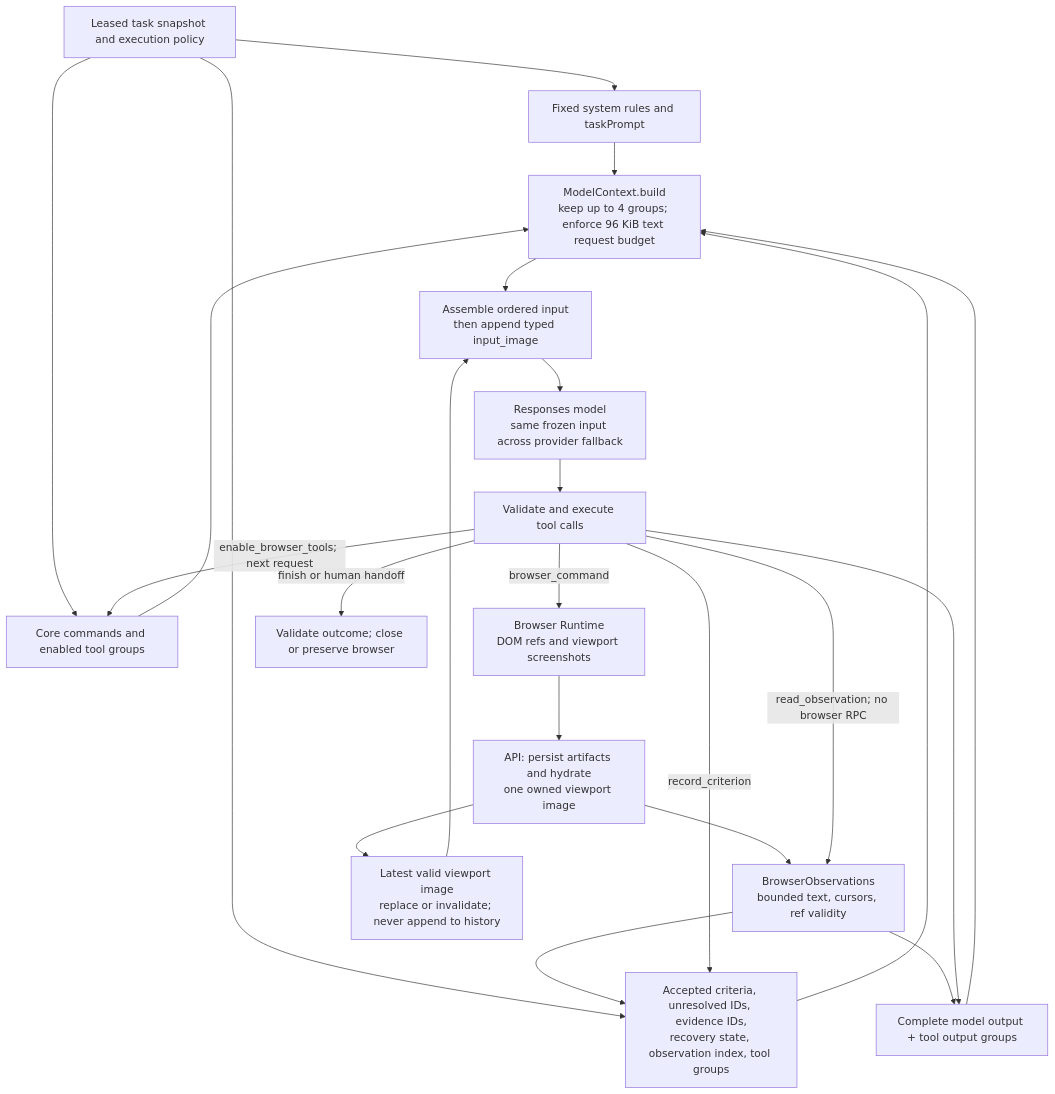
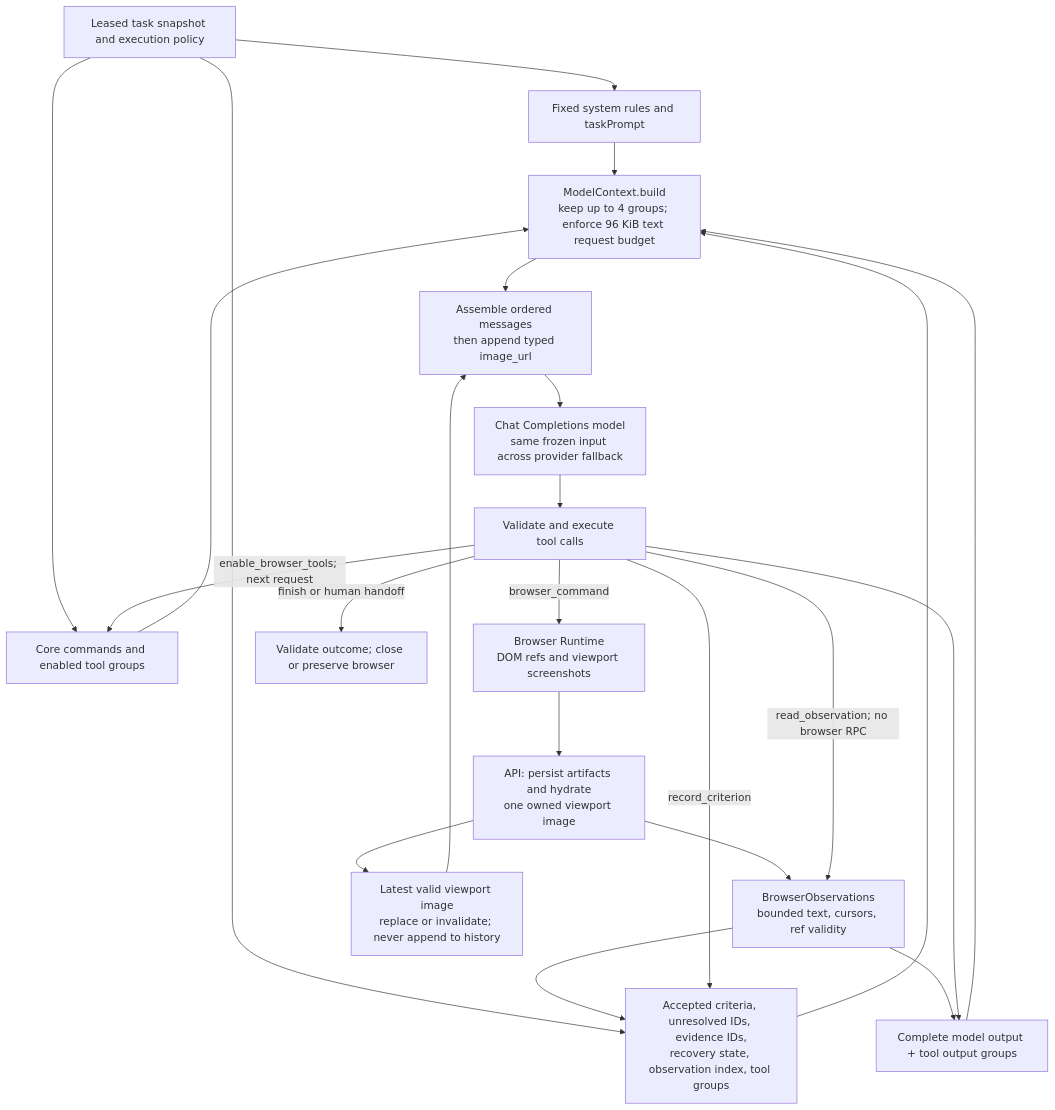
Before and after one commit to ethanyu-dev/devproof: the diagram in docs/dom-visual-browser.md, drawn with Mermaid. The commit also changed other lines of this file and 17 other files, not shown here.

Commit message:
fix(agent-runtime): migrate model calls to Chat Completions

````diff
--- a/docs/dom-visual-browser.md
+++ b/docs/dom-visual-browser.md
@@ -62,27 +62,27 @@
 ```mermaid
 flowchart TD
     Task["Leased task snapshot and execution policy"] --> Fixed["Fixed system rules and taskPrompt"]
     Task --> Catalog["Core commands and enabled tool groups"]
     Task --> State["Accepted criteria, unresolved IDs, evidence IDs,<br/>recovery state, observation index, tool groups"]
 
     Browser["Browser Runtime<br/>DOM refs and viewport screenshots"] --> API["API: persist artifacts and hydrate<br/>one owned viewport image"]
     API --> Cache["BrowserObservations<br/>bounded text, cursors, ref validity"]
     API --> Image["Latest valid viewport image<br/>replace or invalidate; never append to history"]
     Cache --> State
     Cache --> History["Complete model output + tool output groups"]
 
     Fixed --> Budget["ModelContext.build<br/>keep up to 4 groups; enforce 96 KiB text request budget"]
     Catalog --> Budget
     State --> Budget
     History --> Budget
-    Budget --> Request["Assemble ordered input<br/>then append typed input_image"]
+    Budget --> Request["Assemble ordered messages<br/>then append typed image_url"]
     Image --> Request
-    Request --> Model["Responses model<br/>same frozen input across provider fallback"]
+    Request --> Model["Chat Completions model<br/>same frozen input across provider fallback"]
     Model --> Tools["Validate and execute tool calls"]
     Tools -->|browser_command| Browser
     Tools -->|read_observation; no browser RPC| Cache
     Tools -->|enable_browser_tools; next request| Catalog
     Tools -->|record_criterion| State
     Tools --> History
     Tools -->|finish or human handoff| Outcome["Validate outcome; close or preserve browser"]
 ```
````
